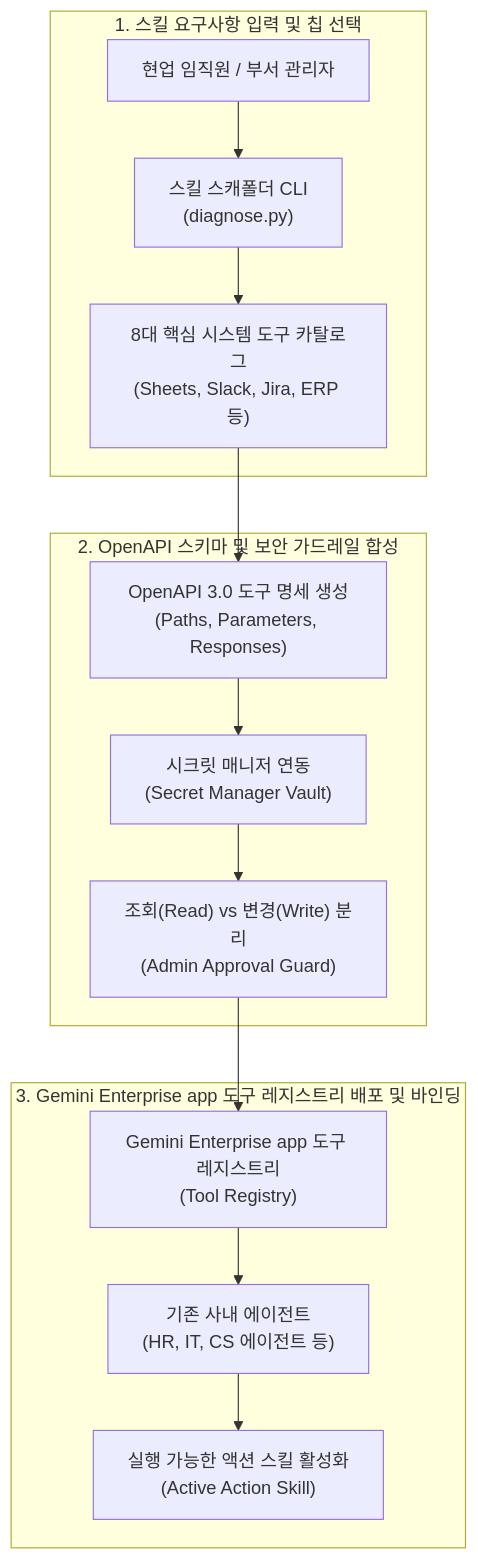
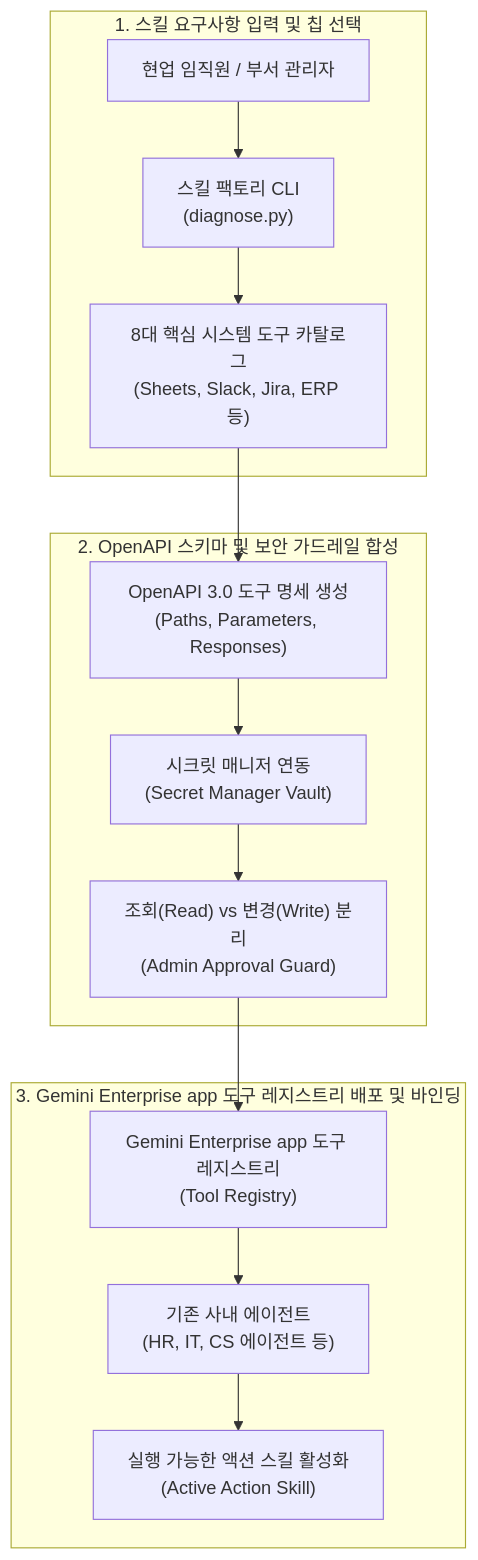
The diagram in samples/gemini-enterprise-copilot-skill/docs/TDD.md (jiangjun-forge/google-cloud-0-to-1), drawn with Mermaid before and after one commit. The commit also changed other lines of this file and 5 other files, not shown here.

````diff
--- a/samples/gemini-enterprise-copilot-skill/docs/TDD.md
+++ b/samples/gemini-enterprise-copilot-skill/docs/TDD.md
@@ -23,28 +23,28 @@
 ```mermaid
 flowchart TD
     subgraph InputPhase ["1. 스킬 요구사항 입력 및 칩 선택"]
         User["현업 임직원 / 부서 관리자"]
-        CLI["스킬 스캐폴더 CLI<br/>(diagnose.py)"]
+        CLI["스킬 팩토리 CLI<br/>(diagnose.py)"]
         ToolCatalog["8대 핵심 시스템 도구 카탈로그<br/>(Sheets, Slack, Jira, ERP 등)"]
         User --> CLI
         CLI --> ToolCatalog
     end
 
     subgraph SchemaPhase ["2. OpenAPI 스키마 및 보안 가드레일 합성"]
         SchemaGen["OpenAPI 3.0 도구 명세 생성<br/>(Paths, Parameters, Responses)"]
         VaultBinding["시크릿 매니저 연동<br/>(Secret Manager Vault)"]
         PermissionCheck["조회(Read) vs 변경(Write) 분리<br/>(Admin Approval Guard)"]
         ToolCatalog --> SchemaGen
         SchemaGen --> VaultBinding
         VaultBinding --> PermissionCheck
     end
 
     subgraph RegistryPhase ["3. Gemini Enterprise app 도구 레지스트리 배포 및 바인딩"]
         ToolRegistry["Gemini Enterprise app 도구 레지스트리<br/>(Tool Registry)"]
         TargetAgent["기존 사내 에이전트<br/>(HR, IT, CS 에이전트 등)"]
         ActiveSkill["실행 가능한 액션 스킬 활성화<br/>(Active Action Skill)"]
         PermissionCheck --> ToolRegistry
         ToolRegistry --> TargetAgent
         TargetAgent --> ActiveSkill
     end
 ```
````
